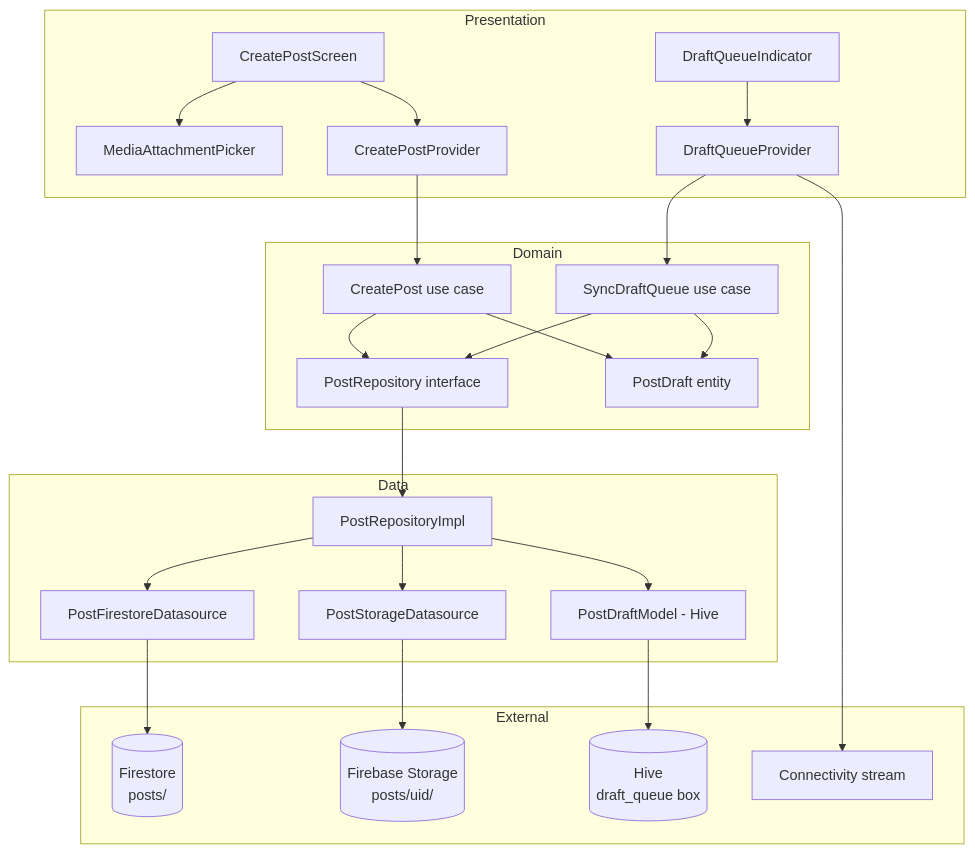
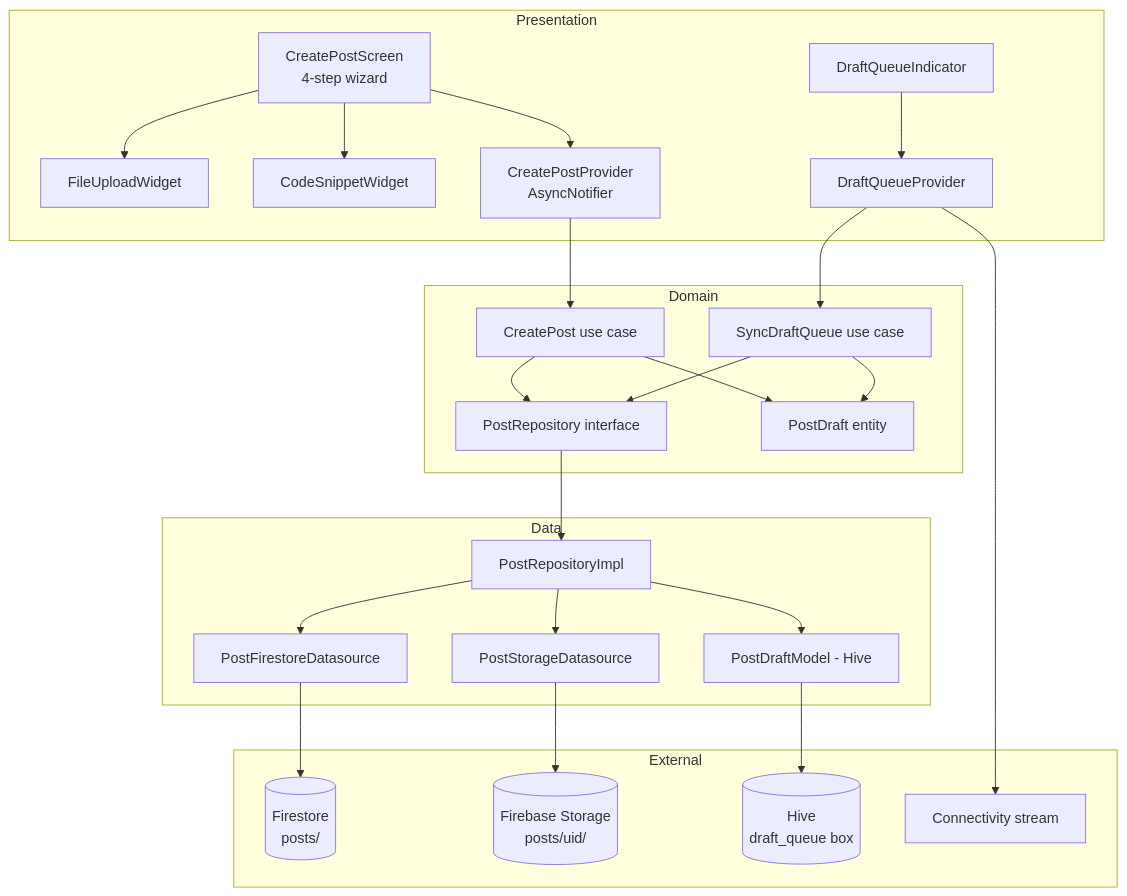
One commit to unishare-oss/unishare-flutter changed the diagram in tech-specs/0004-post-integration.md. Above: the diagram before and after it, drawn with Mermaid. The commit also changed other lines of this file and 1 other file, not shown here.

Commit message:
docs: update agent log and post-integration spec

````diff
--- a/tech-specs/0004-post-integration.md
+++ b/tech-specs/0004-post-integration.md
@@ -24,49 +32,51 @@
 ```mermaid
 flowchart TD
     subgraph Presentation
-        CPS[CreatePostScreen]
-        MAP[MediaAttachmentPicker]
+        CPS[CreatePostScreen\n4-step wizard]
+        FUW[FileUploadWidget]
+        CSW[CodeSnippetWidget]
         DQI[DraftQueueIndicator]
-        CPP[CreatePostProvider]
+        CPP[CreatePostProvider\nAsyncNotifier]
         DQP[DraftQueueProvider]
     end
 
     subgraph Domain
         CP[CreatePost use case]
         SDQ[SyncDraftQueue use case]
         PR[PostRepository interface]
         PD[PostDraft entity]
     end
 
     subgraph Data
         PFD[PostFirestoreDatasource]
         PSD[PostStorageDatasource]
         PDM[PostDraftModel - Hive]
         PRI[PostRepositoryImpl]
     end
 
     subgraph External
         FS[(Firestore\nposts/)]
         ST[(Firebase Storage\nposts/uid/)]
         HV[(Hive\ndraft_queue box)]
         CN[Connectivity stream]
     end
 
     CPS --> CPP
-    CPS --> MAP
+    CPS --> FUW
+    CPS --> CSW
     DQI --> DQP
     CPP --> CP
     DQP --> SDQ
     CP --> PR
     SDQ --> PR
     CP --> PD
     SDQ --> PD
     PR --> PRI
     PRI --> PFD
     PRI --> PSD
     PRI --> PDM
     PFD --> FS
     PSD --> ST
     PDM --> HV
     DQP --> CN
 ```
````
